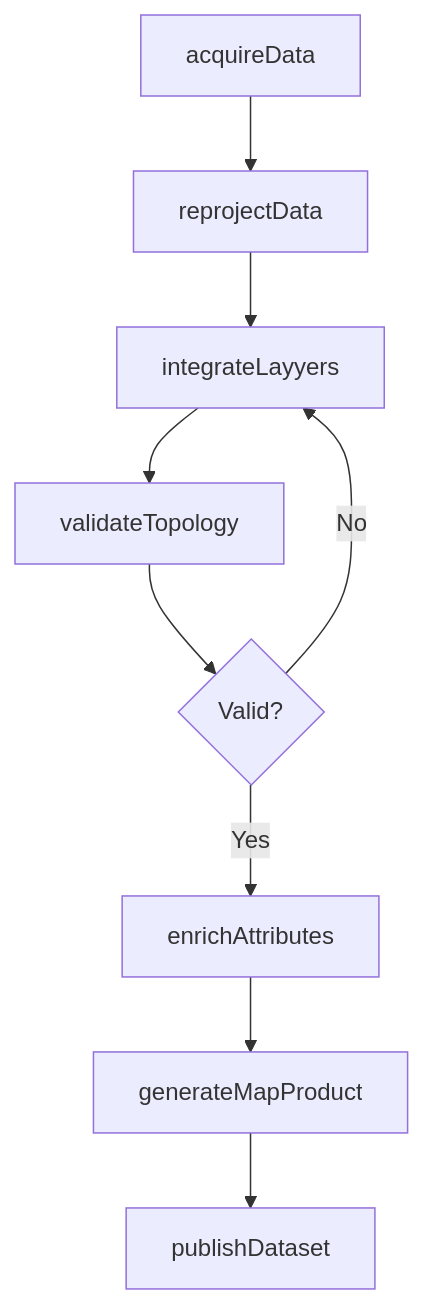
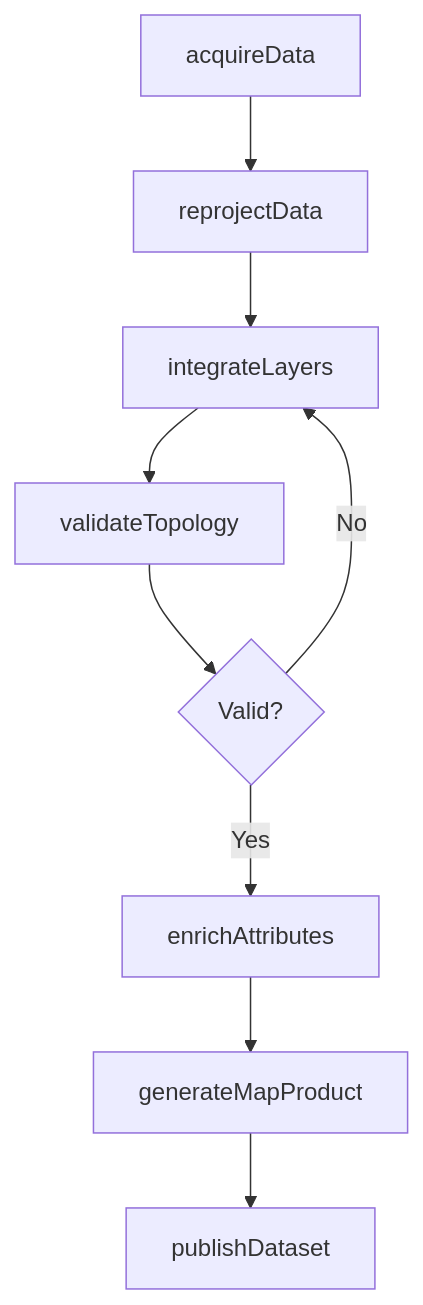
One commit to dot-org-ai/tasks.org.ai changed the third of 4 diagrams in ProcessingInformation/CompileRecordsDocumentationOrOtherData/CompileGeographicRelatedData.mdx. Above: the diagram before and after it, drawn with Mermaid. The commit also changed other lines of this file and 504 other files, not shown here.

First line of the commit message:
feat: Add ER diagrams, state diagrams, and workflow improvements to 96 DWA task files

````diff
--- a/ProcessingInformation/CompileRecordsDocumentationOrOtherData/CompileGeographicRelatedData.mdx
+++ b/ProcessingInformation/CompileRecordsDocumentationOrOtherData/CompileGeographicRelatedData.mdx
@@ -89,11 +120,11 @@
 ```mermaid
 graph TD
     A[acquireData] --> B[reprojectData]
-    B --> C[integrateLayyers]
+    B --> C[integrateLayers]
     C --> D[validateTopology]
     D --> E{Valid?}
     E -->|No| C
     E -->|Yes| F[enrichAttributes]
     F --> G[generateMapProduct]
     G --> H[publishDataset]
 ```
````
